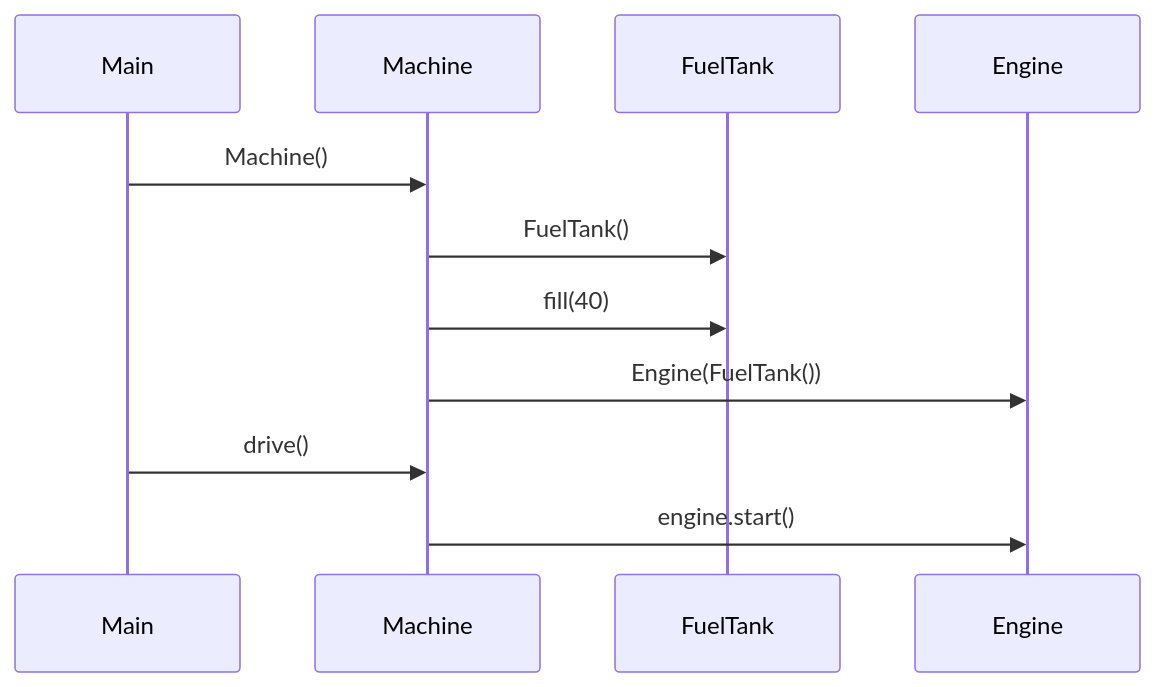
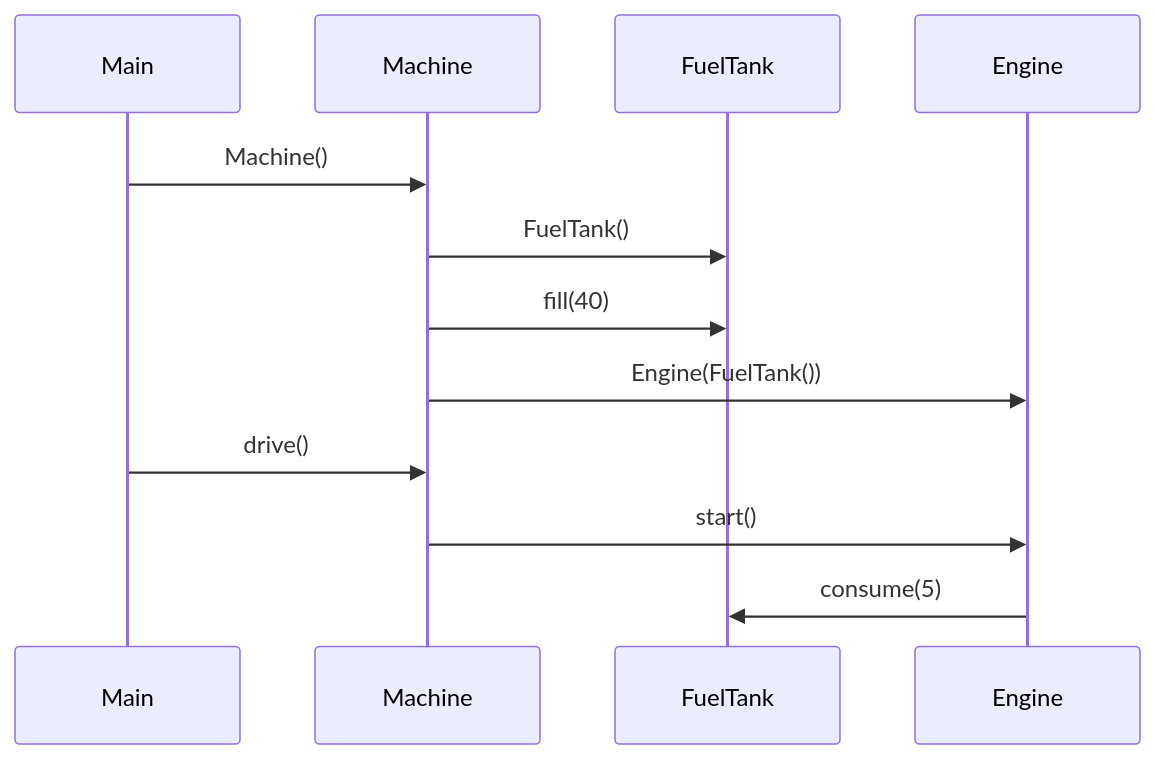
One commit to phuvio/ot-harjoitustyo changed the diagram in laskarit/viikko3/sekvenssikaavio.md. Above: the diagram before and after it, drawn with Mermaid.

````diff
--- a/laskarit/viikko3/sekvenssikaavio.md
+++ b/laskarit/viikko3/sekvenssikaavio.md
@@ -3,14 +3,14 @@
 ```mermaid
  sequenceDiagram
    participant P as Main
    participant M as Machine
    participant F as FuelTank
    participant E as Engine
    P->>M: Machine()
    M->>F: FuelTank()
    M->>F: fill(40)
    M->>E: Engine(FuelTank())
    P->>M: drive()
-   M->>E: engine.start()
-   
+   M->>E: start()
+   E->>F: consume(5)
 ```
````
